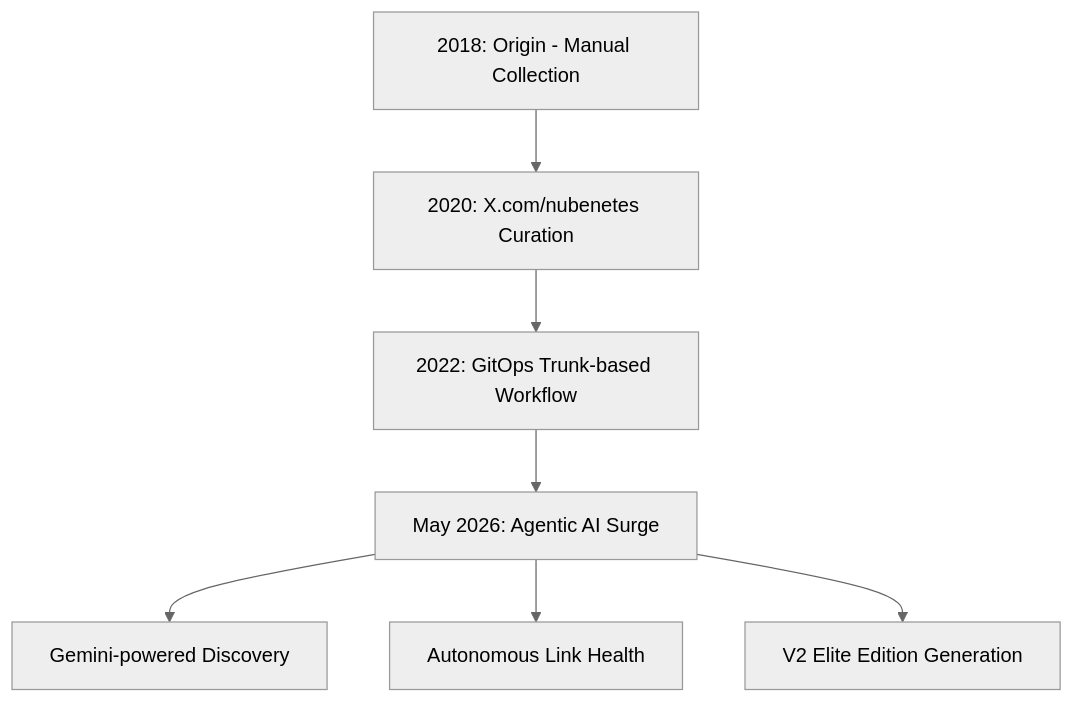
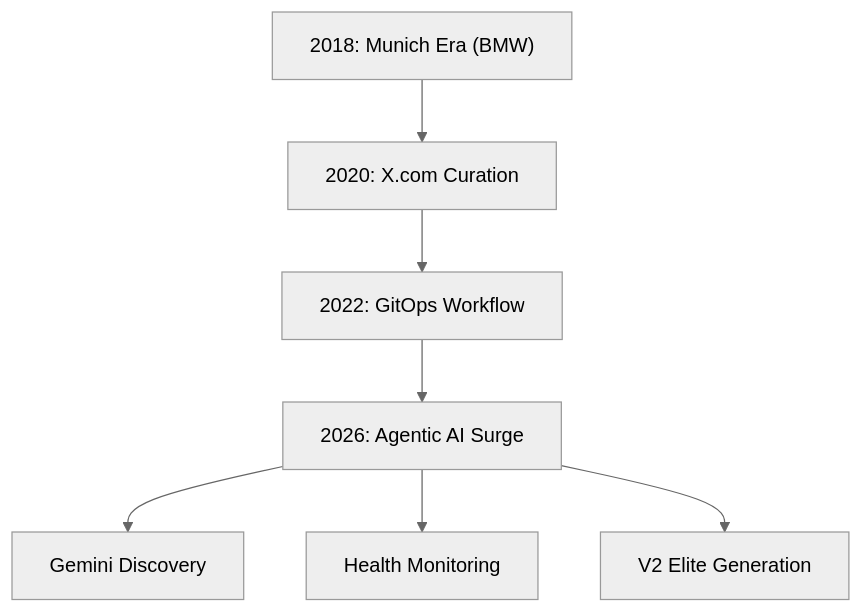
One commit to nubenetes/awesome-kubernetes changed the second of 3 diagrams in README.md. Above: the diagram before and after it, drawn with Mermaid (neutral theme). The commit also changed other lines of this file and 1 other file, not shown here.

Commit message:
docs: fix mermaid diagrams and explicitly mention BMW Munich inception

````diff
--- a/README.md
+++ b/README.md
@@ -124,9 +124,9 @@
 ```mermaid
 graph TD
-    A[2018: Origin - Manual Collection] --> B[2020: X.com/nubenetes Curation]
-    B --> C[2022: GitOps Trunk-based Workflow]
-    C --> D[May 2026: Agentic AI Surge]
-    D --> E[Gemini-powered Discovery]
-    D --> F[Autonomous Link Health]
-    D --> G[V2 Elite Edition Generation]
+    A["2018: Munich Era (BMW)"] --> B["2020: X.com Curation"]
+    B --> C["2022: GitOps Workflow"]
+    C --> D["2026: Agentic AI Surge"]
+    D --> E["Gemini Discovery"]
+    D --> F["Health Monitoring"]
+    D --> G["V2 Elite Generation"]
 ```
````
